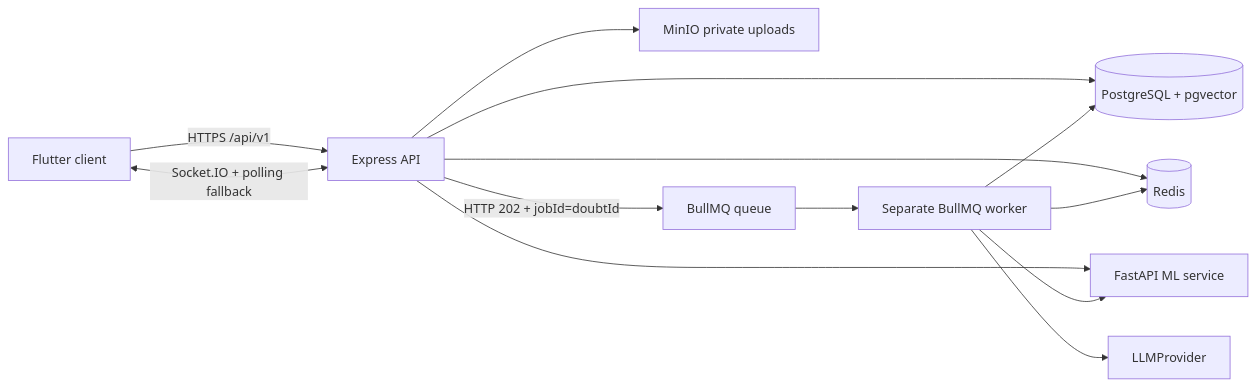
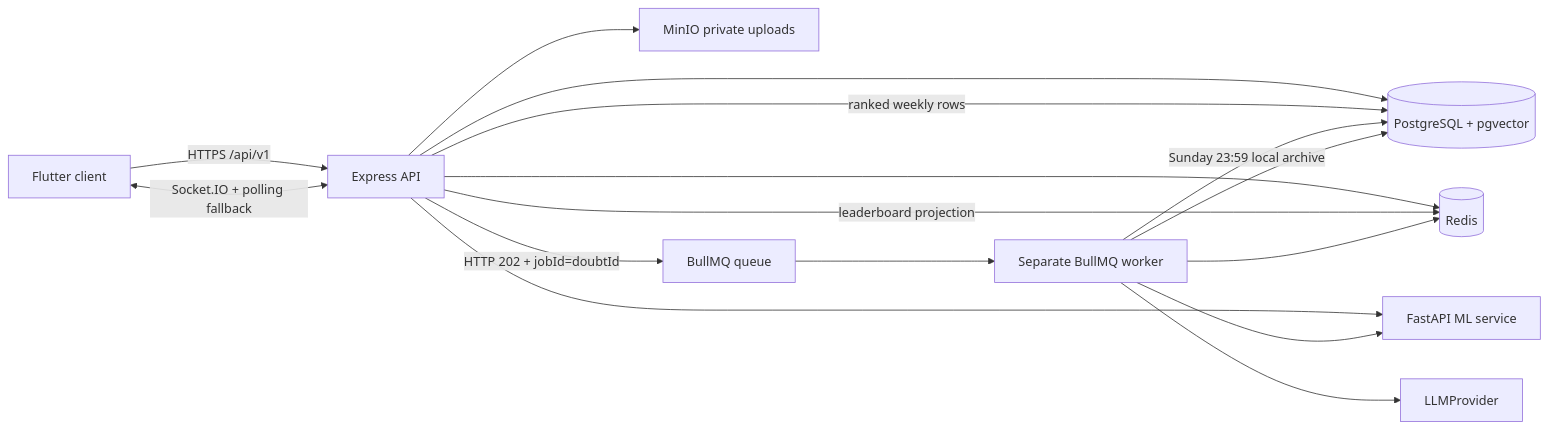
Before and after one commit to pranjals2004/solvix: the diagram in docs/ARCHITECTURE.md, drawn with Mermaid. The commit also changed other lines of this file and 32 other files, not shown here.

Commit message:
feat: add weekly leaderboard

````diff
--- a/docs/ARCHITECTURE.md
+++ b/docs/ARCHITECTURE.md
@@ -3,15 +3,18 @@
 ```mermaid
 flowchart LR
   M[Flutter client] -->|HTTPS /api/v1| A[Express API]
   M <-->|Socket.IO + polling fallback| A
   A --> P[(PostgreSQL + pgvector)]
   A --> R[(Redis)]
+  A -->|leaderboard projection| R
+  A -->|ranked weekly rows| P
   A --> S[MinIO private uploads]
   A --> ML[FastAPI embeddings]
   A -->|HTTP 202 + jobId=doubtId| Q[BullMQ queue]
   Q --> W[Separate BullMQ worker]
+  W -->|Sunday 23:59 local archive| P
   W --> P
   W --> R
   W --> L[LLMProvider]
   W --> ML[FastAPI ML service]
 ```
````
